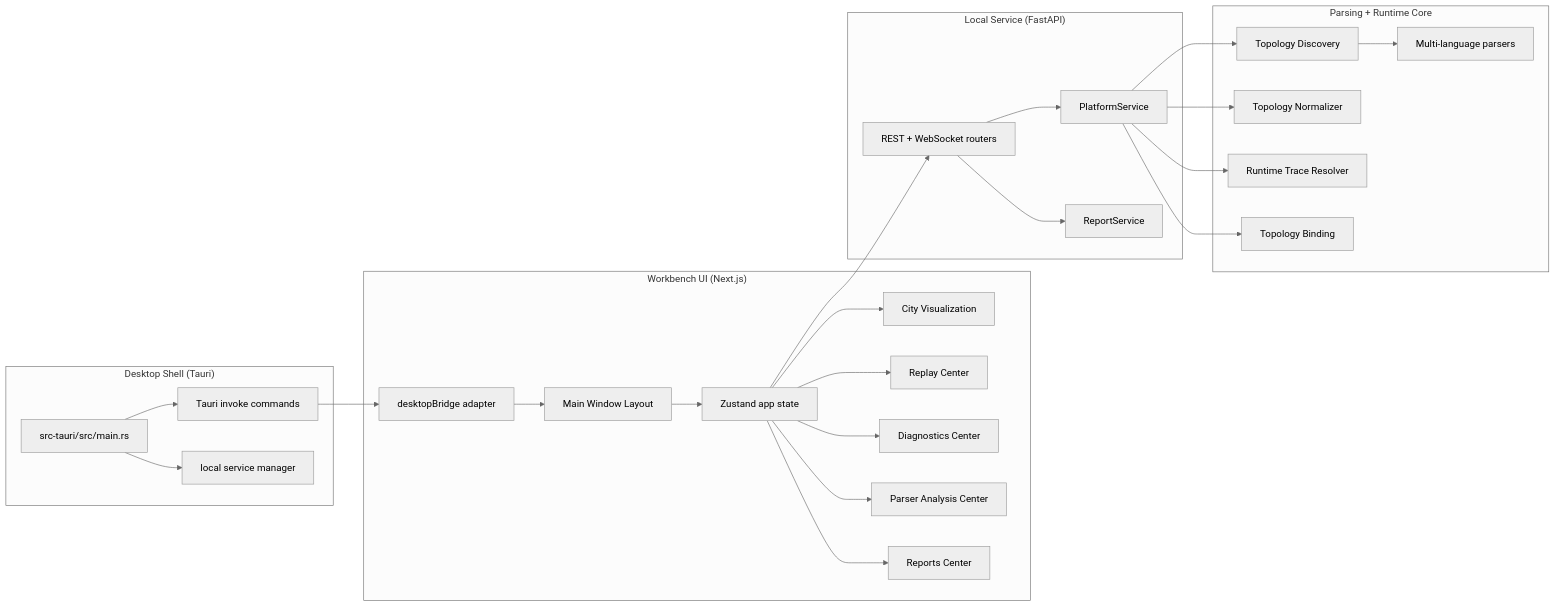
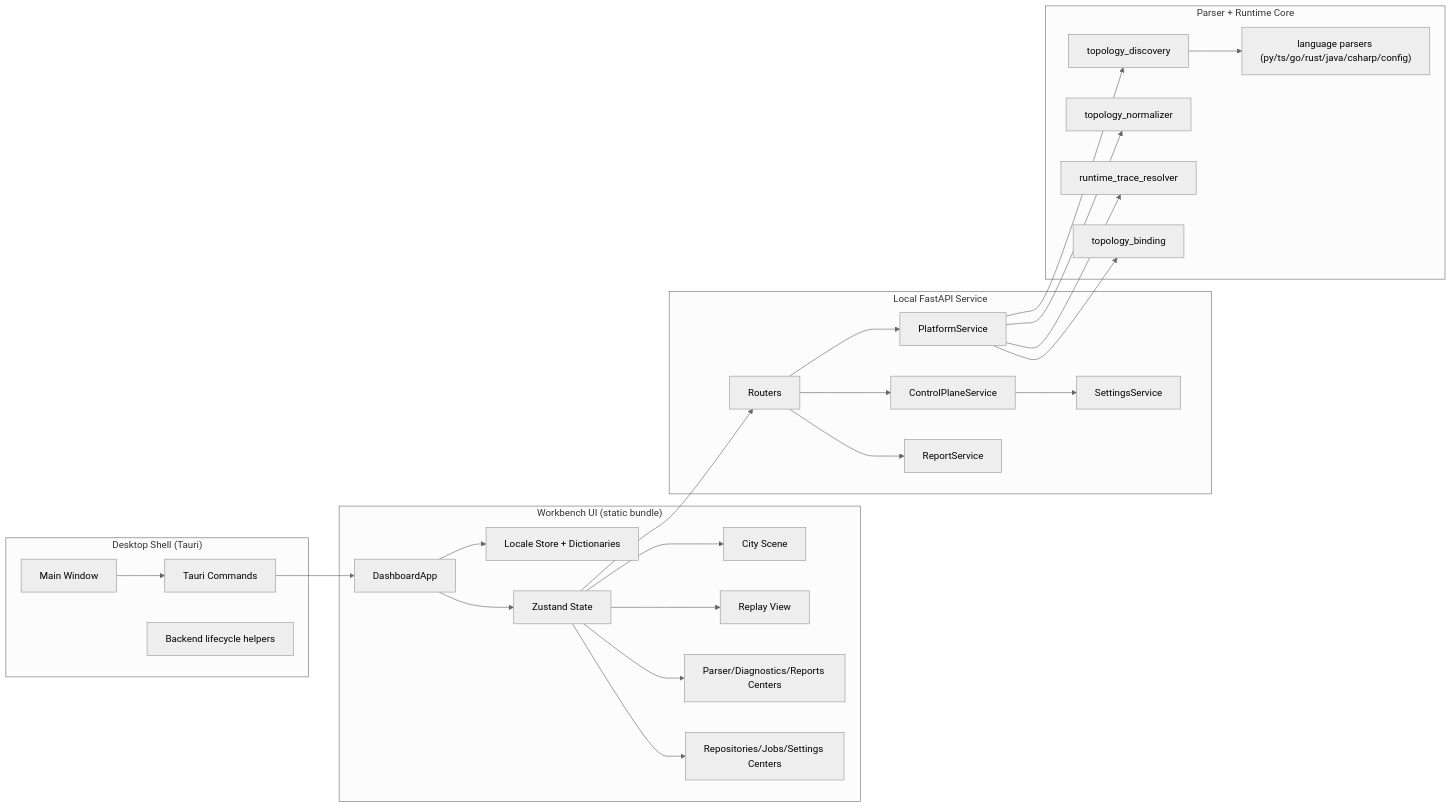
The diagram in docs/architecture.md (Sgt-Friedrich/Agent_City), drawn with Mermaid (neutral theme) before and after one commit. The commit also changed other lines of this file and 46 other files, not shown here.

Commit message:
Upgrade desktop control plane with repositories/jobs/settings and i18n

````diff
--- a/docs/architecture.md
+++ b/docs/architecture.md
@@ -14,53 +14,52 @@
 ```mermaid
 flowchart LR
   subgraph Desktop["Desktop Shell (Tauri)"]
-    RustMain["src-tauri/src/main.rs"]
-    IPC["Tauri invoke commands"]
-    ProcMgr["local service manager"]
+    Win["Main Window"]
+    IPC["Tauri Commands"]
+    Proc["Backend lifecycle helpers"]
   end
 
-  subgraph UI["Workbench UI (Next.js)"]
-    ShellUI["Main Window Layout"]
-    City["City Visualization"]
-    Replay["Replay Center"]
-    Diag["Diagnostics Center"]
-    Parser["Parser Analysis Center"]
-    Reports["Reports Center"]
-    Store["Zustand app state"]
-    Bridge["desktopBridge adapter"]
+  subgraph UI["Workbench UI (static bundle)"]
+    Dashboard["DashboardApp"]
+    City["City Scene"]
+    Replay["Replay View"]
+    Analysis["Parser/Diagnostics/Reports Centers"]
+    ControlUI["Repositories/Jobs/Settings Centers"]
+    I18N["Locale Store + Dictionaries"]
+    State["Zustand State"]
   end
 
-  subgraph API["Local Service (FastAPI)"]
-    Routers["REST + WebSocket routers"]
+  subgraph Service["Local FastAPI Service"]
+    Routers["Routers"]
     Platform["PlatformService"]
-    ReportSvc["ReportService"]
+    Control["ControlPlaneService"]
+    Settings["SettingsService"]
+    Reports["ReportService"]
   end
 
-  subgraph Core["Parsing + Runtime Core"]
-    Discovery["Topology Discovery"]
-    Normalizer["Topology Normalizer"]
-    Runtime["Runtime Trace Resolver"]
-    Binding["Topology Binding"]
-    Parsers["Multi-language parsers"]
+  subgraph Core["Parser + Runtime Core"]
+    Discovery["topology_discovery"]
+    Normalizer["topology_normalizer"]
+    Runtime["runtime_trace_resolver"]
+    Binding["topology_binding"]
+    Parsers["language parsers (py/ts/go/rust/java/csharp/config)"]
   end
 
-  RustMain --> ProcMgr
-  RustMain --> IPC
-  IPC --> Bridge
-  Bridge --> ShellUI
-  ShellUI --> Store
-  Store --> City
-  Store --> Replay
-  Store --> Diag
-  Store --> Parser
-  Store --> Reports
-
-  Store --> Routers
+  Win --> IPC
+  IPC --> Dashboard
+  Dashboard --> State
+  Dashboard --> I18N
+  State --> City
+  State --> Replay
+  State --> Analysis
+  State --> ControlUI
+  State --> Routers
   Routers --> Platform
-  Routers --> ReportSvc
-  Platform --> Discovery
+  Routers --> Control
+  Routers --> Reports
+  Control --> Settings
+  Platform --> Discovery --> Parsers
   Platform --> Normalizer
   Platform --> Runtime
   Platform --> Binding
-  Discovery --> Parsers
 ```
````
